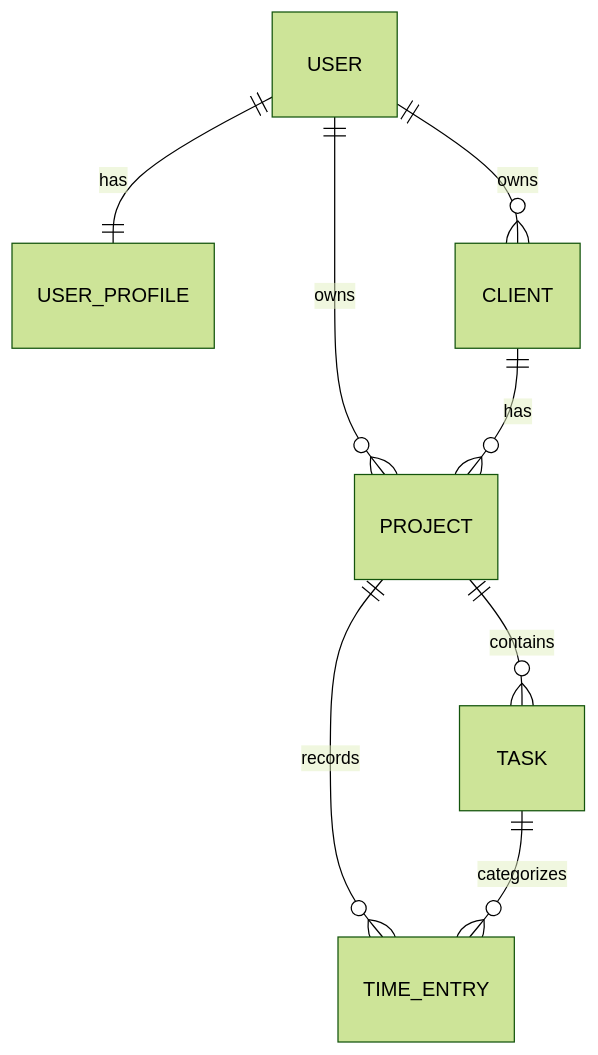
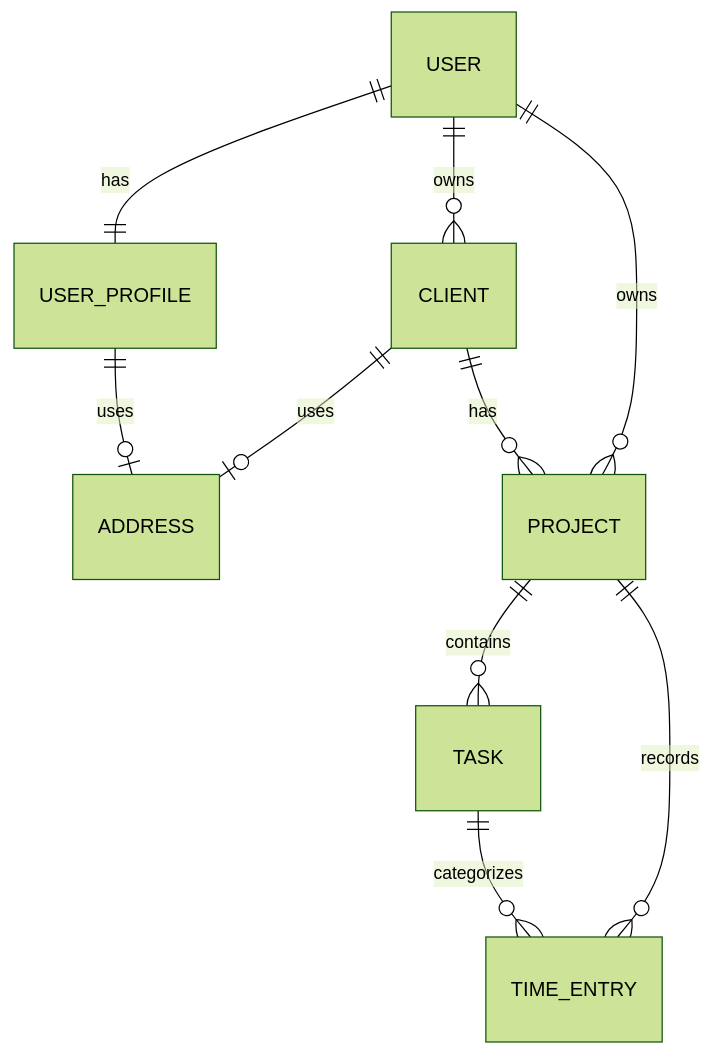
Before and after one commit to lillianxhub/freelance-hub: the first of 2 diagrams in REQUIREMENTS.md, drawn with Mermaid (forest theme). The commit also changed other lines of this file and 30 other files, not shown here.

First line of the commit message:
feat: Normalize address handling in user profiles and clients

````diff
--- a/REQUIREMENTS.md
+++ b/REQUIREMENTS.md
@@ -191,10 +191,12 @@
 ```mermaid
 erDiagram
     USER ||--|| USER_PROFILE : has
+    USER_PROFILE ||--o| ADDRESS : uses
+    CLIENT ||--o| ADDRESS : uses
     USER ||--o{ CLIENT : owns
     USER ||--o{ PROJECT : owns
     CLIENT ||--o{ PROJECT : has
     PROJECT ||--o{ TASK : contains
     PROJECT ||--o{ TIME_ENTRY : records
     TASK ||--o{ TIME_ENTRY : categorizes
 ```
````
